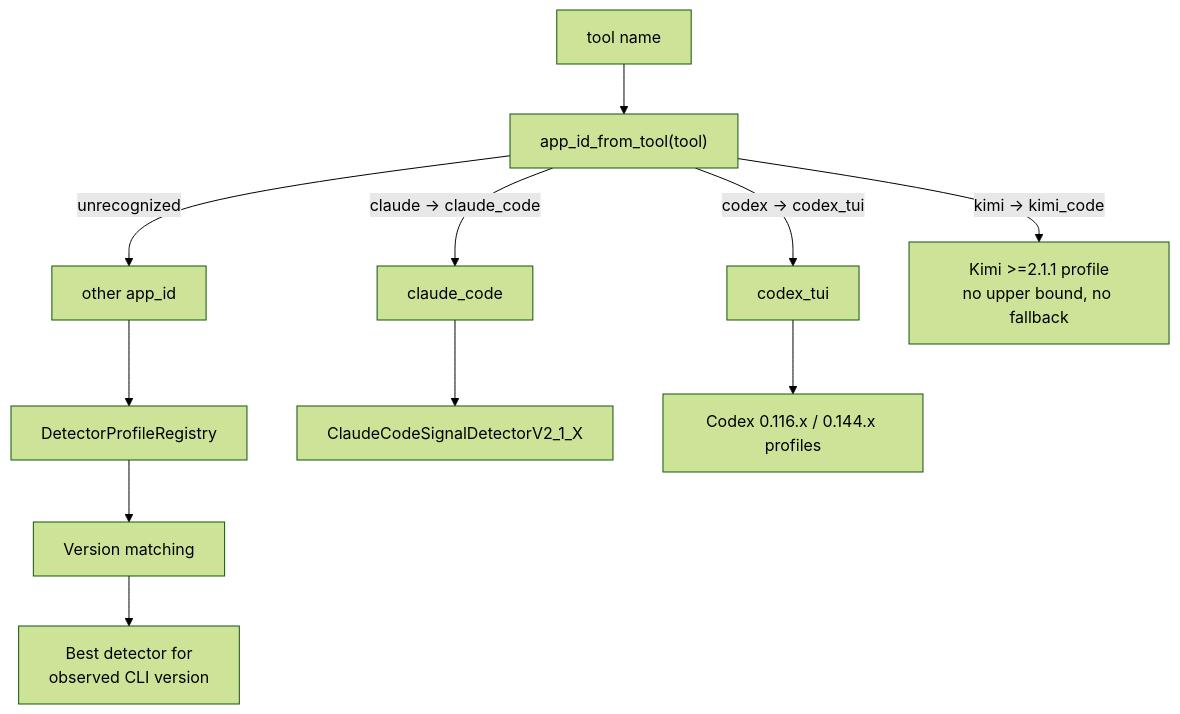
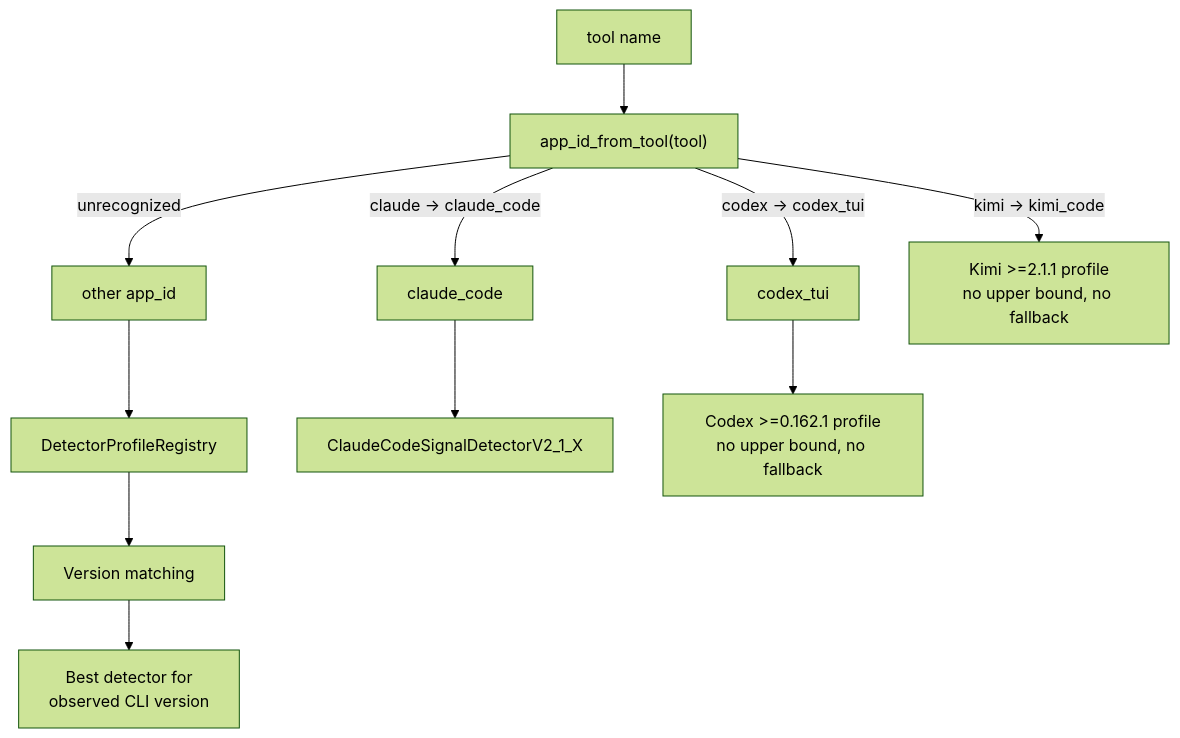
Before and after one commit to igamenovoer/houmao: the diagram in docs/reference/tui-tracking/detectors.md, drawn with Mermaid (forest theme). The commit also changed other lines of this file and 64 other files, not shown here.

````diff
--- a/docs/reference/tui-tracking/detectors.md
+++ b/docs/reference/tui-tracking/detectors.md
@@ -7,20 +7,20 @@
 ```mermaid
 flowchart TD
     TOOL["tool name"]
     AID["app_id_from_tool(tool)"]
     CC["claude_code"]
     CX["codex_tui"]
     OT["other app_id"]
     DPR["DetectorProfileRegistry"]
     VM["Version matching"]
     CCD["ClaudeCodeSignalDetectorV2_1_X"]
-    CXD["Codex 0.116.x / 0.144.x profiles"]
+    CXD["Codex >=0.162.1 profile<br/>no upper bound, no fallback"]
     KMD["Kimi >=2.1.1 profile<br/>no upper bound, no fallback"]
     BEST["Best detector for<br/>observed CLI version"]
 
     TOOL --> AID
     AID -->|"claude → claude_code"| CC --> CCD
     AID -->|"codex → codex_tui"| CX --> CXD
     AID -->|"kimi → kimi_code"| KMD
     AID -->|"unrecognized"| OT --> DPR --> VM --> BEST
 ```
````
